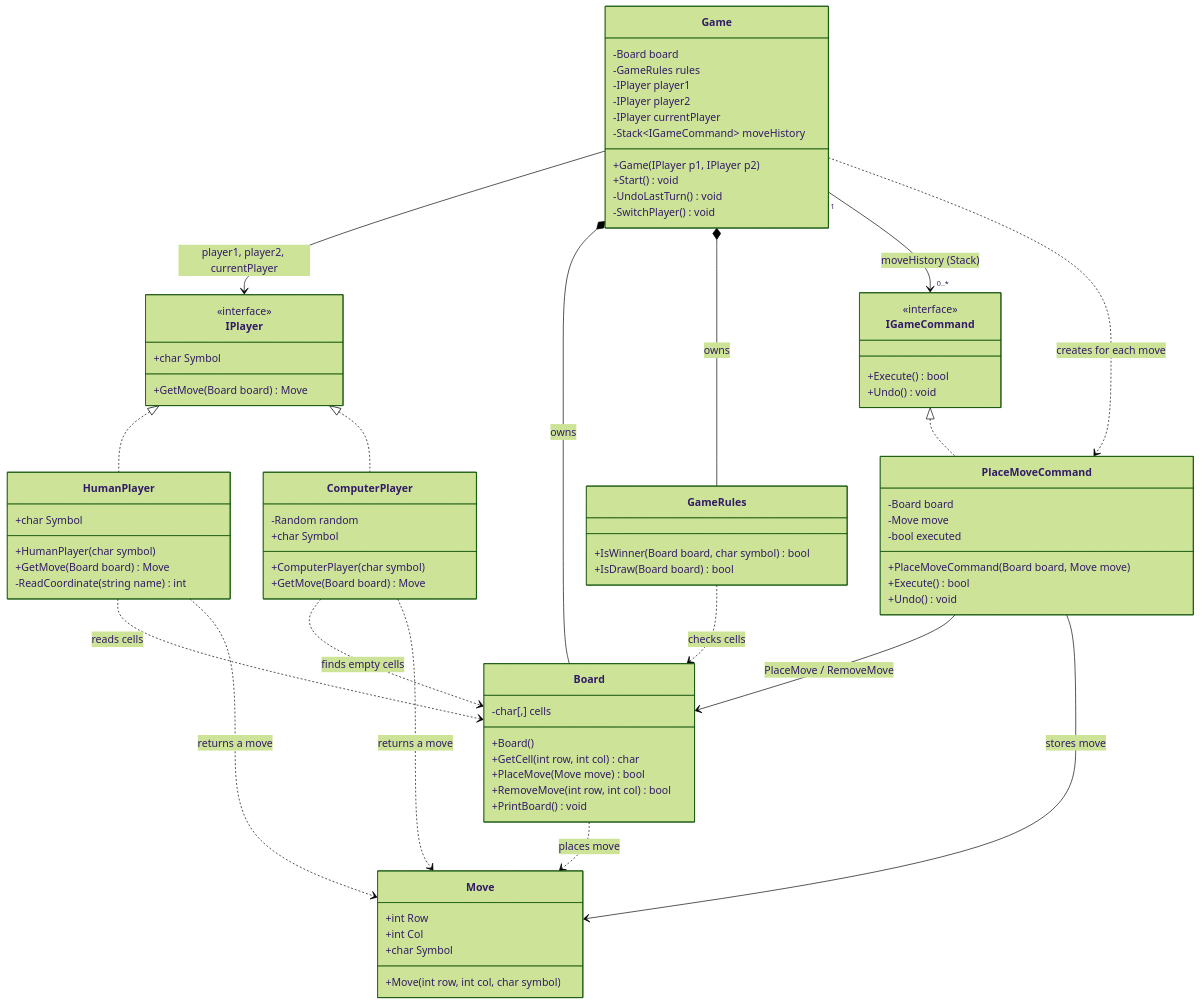
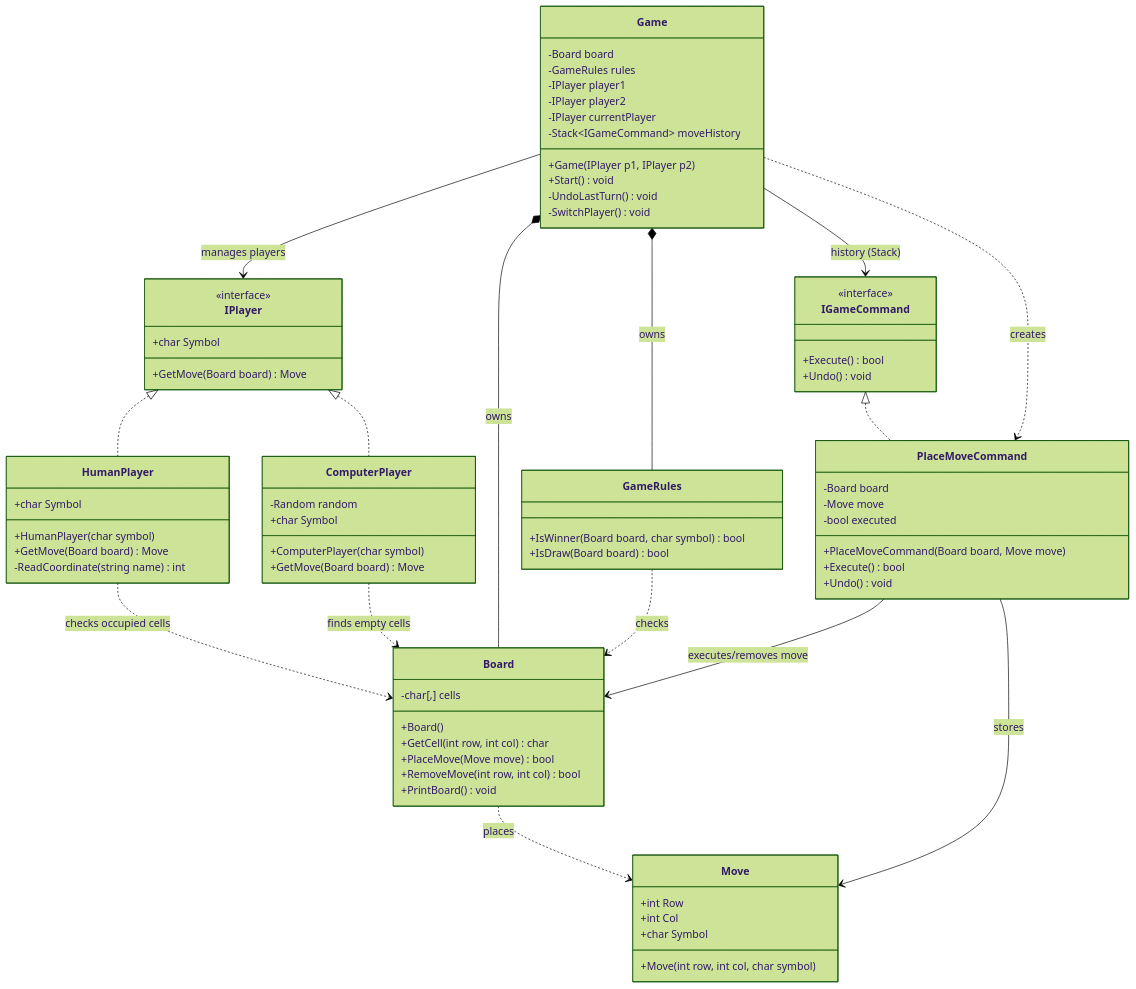
The first of 3 diagrams in docs/UML.md (tobyasteria/TicTacToe-OOP), drawn with Mermaid (forest theme) before and after one commit. The commit also changed other lines of this file, not shown here.

Commit message:
Update UML Class Diagram for Week 3

````diff
--- a/docs/UML.md
+++ b/docs/UML.md
@@ -11,21 +11,18 @@
         +char Symbol
         +GetMove(Board board) Move
     }
-
     class HumanPlayer {
         +char Symbol
         +HumanPlayer(char symbol)
         +GetMove(Board board) Move
         -ReadCoordinate(string name) int
     }
-
     class ComputerPlayer {
         -Random random
         +char Symbol
         +ComputerPlayer(char symbol)
         +GetMove(Board board) Move
     }
-
     class Game {
         -Board board
         -GameRules rules
@@ -38,7 +35,6 @@
         -UndoLastTurn() void
         -SwitchPlayer() void
     }
-
     class Board {
         -char[,] cells
         +Board()
@@ -47,25 +43,21 @@
         +RemoveMove(int row, int col) bool
         +PrintBoard() void
     }
-
     class Move {
         +int Row
         +int Col
         +char Symbol
         +Move(int row, int col, char symbol)
     }
-
     class GameRules {
         +IsWinner(Board board, char symbol) bool
         +IsDraw(Board board) bool
     }
-
     class IGameCommand {
         <<interface>>
         +Execute() bool
         +Undo() void
     }
-
     class PlaceMoveCommand {
         -Board board
         -Move move
@@ -78,18 +70,15 @@
     IPlayer <|.. HumanPlayer
     IPlayer <|.. ComputerPlayer
     IGameCommand <|.. PlaceMoveCommand
-
-    Game --> IPlayer : player1, player2, currentPlayer
+    Game --> IPlayer : manages players
     Game *-- Board : owns
     Game *-- GameRules : owns
-    Game "1" --> "0..*" IGameCommand : moveHistory (Stack)
-    Game ..> PlaceMoveCommand : creates for each move
-    PlaceMoveCommand --> Board : PlaceMove / RemoveMove
-    PlaceMoveCommand --> Move : stores move
-    Board ..> Move : places move
-    HumanPlayer ..> Board : reads cells
-    HumanPlayer ..> Move : returns a move
+    Game --> IGameCommand : history (Stack)
+    Game ..> PlaceMoveCommand : creates
+    PlaceMoveCommand --> Board : executes/removes move
+    PlaceMoveCommand --> Move : stores
+    Board ..> Move : places
+    GameRules ..> Board : checks
+    HumanPlayer ..> Board : checks occupied cells
     ComputerPlayer ..> Board : finds empty cells
-    ComputerPlayer ..> Move : returns a move
-    GameRules ..> Board : checks cells
 ```
````
